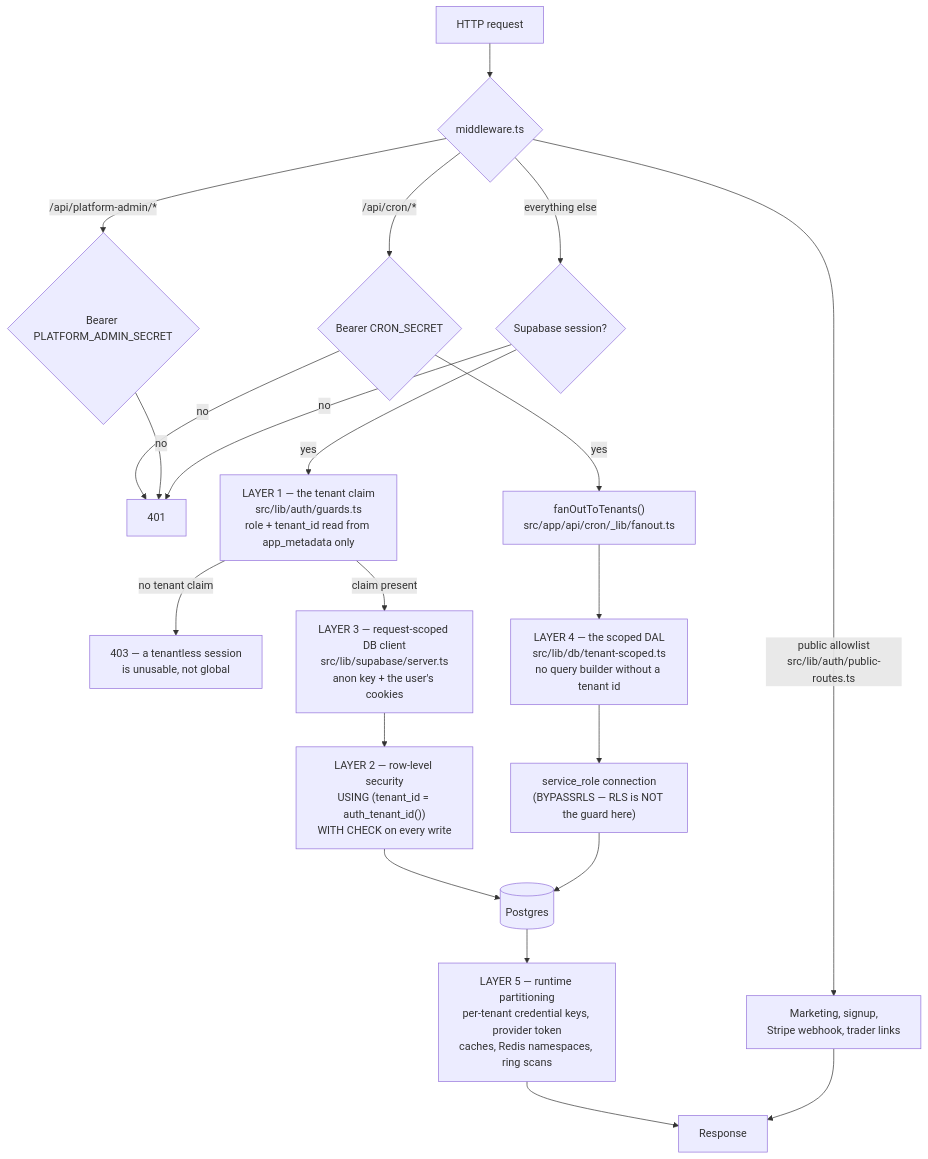
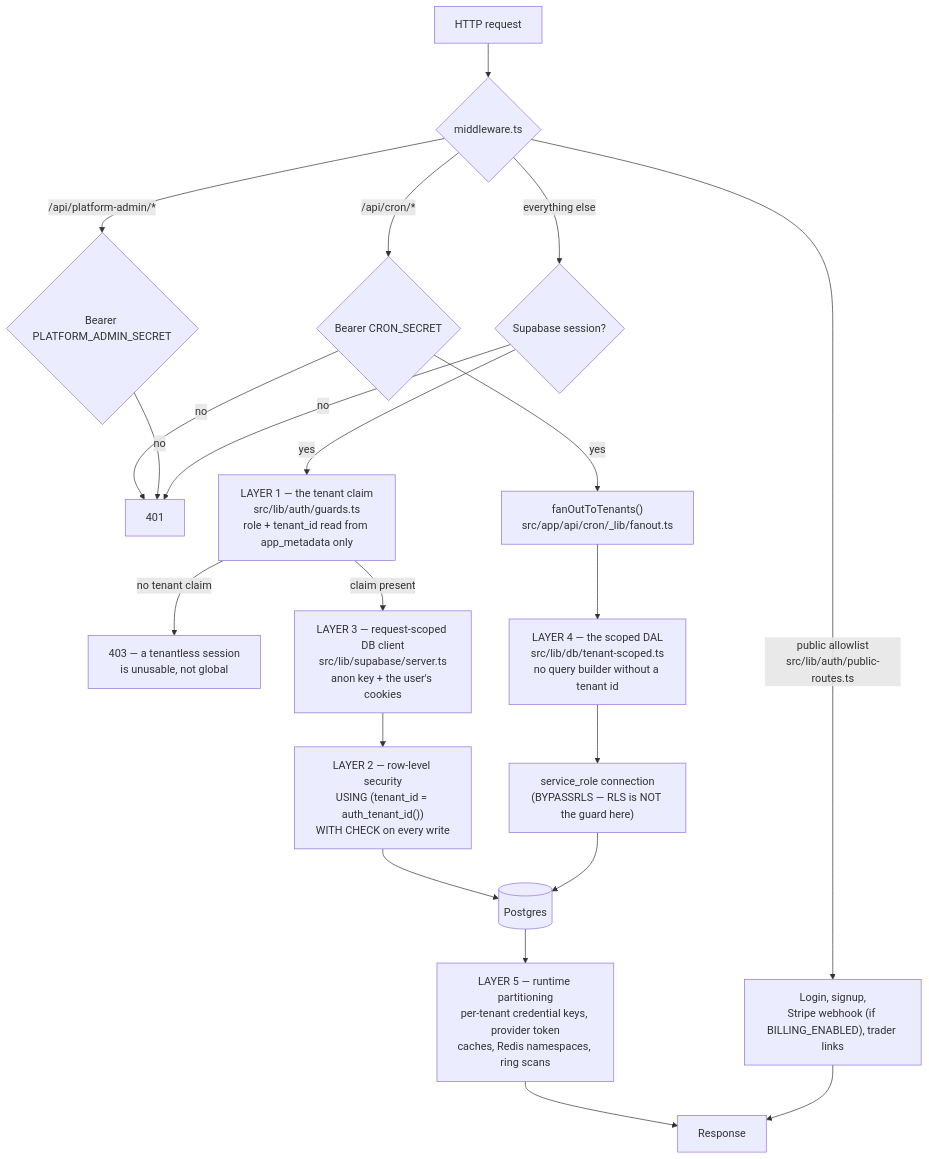
One commit to vonzelle-vzt/proprisk changed the second of 3 diagrams in docs/architecture.md. Above: the diagram before and after it, drawn with Mermaid. The commit also changed other lines of this file and 37 other files, not shown here.

First line of the commit message:
feat: self-hosted admin console — remove public site, gate billing, enable auth middleware

````diff
--- a/docs/architecture.md
+++ b/docs/architecture.md
@@ -92,30 +92,30 @@
 ```mermaid
 flowchart TD
     req["HTTP request"] --> mw{"middleware.ts"}
 
     mw -->|"/api/cron/*"| cronsec{"Bearer CRON_SECRET"}
     mw -->|"/api/platform-admin/*"| adminsec{"Bearer PLATFORM_ADMIN_SECRET"}
-    mw -->|"public allowlist<br/>src/lib/auth/public-routes.ts"| public["Marketing, signup,<br/>Stripe webhook, trader links"]
+    mw -->|"public allowlist<br/>src/lib/auth/public-routes.ts"| public["Login, signup,<br/>Stripe webhook (if BILLING_ENABLED), trader links"]
     mw -->|"everything else"| session{"Supabase session?"}
 
     cronsec -->|no| deny401["401"]
     adminsec -->|no| deny401
     session -->|no| deny401
 
     session -->|yes| guard["LAYER 1 — the tenant claim<br/>src/lib/auth/guards.ts<br/>role + tenant_id read from app_metadata only"]
     guard -->|"no tenant claim"| deny403["403 — a tenantless session<br/>is unusable, not global"]
     guard -->|"claim present"| scoped["LAYER 3 — request-scoped DB client<br/>src/lib/supabase/server.ts<br/>anon key + the user's cookies"]
 
     scoped --> rls["LAYER 2 — row-level security<br/>USING (tenant_id = auth_tenant_id())<br/>WITH CHECK on every write"]
 
     cronsec -->|yes| fanout["fanOutToTenants()<br/>src/app/api/cron/_lib/fanout.ts"]
     fanout --> dal["LAYER 4 — the scoped DAL<br/>src/lib/db/tenant-scoped.ts<br/>no query builder without a tenant id"]
     dal --> service["service_role connection<br/>(BYPASSRLS — RLS is NOT the guard here)"]
 
     rls --> pg[("Postgres")]
     service --> pg
 
     pg --> runtime["LAYER 5 — runtime partitioning<br/>per-tenant credential keys, provider token<br/>caches, Redis namespaces, ring scans"]
     runtime --> resp["Response"]
     public --> resp
 ```
````
